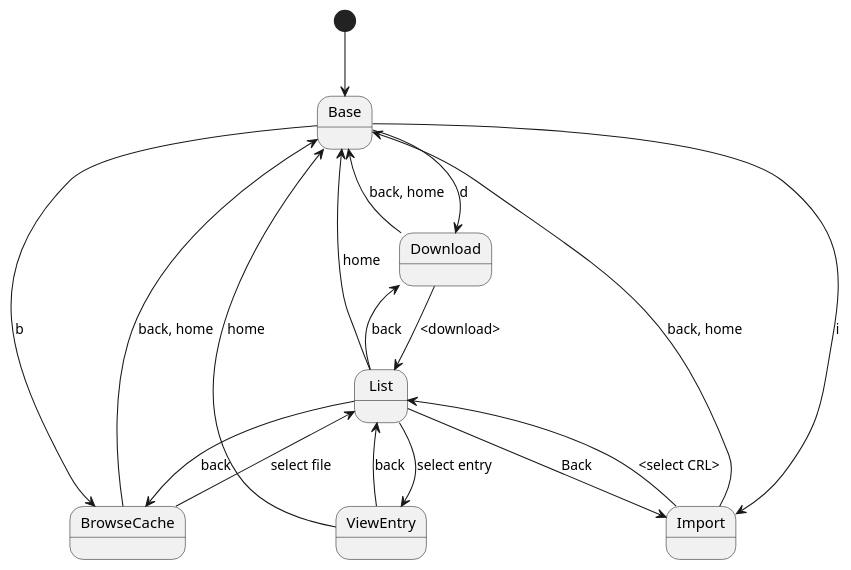
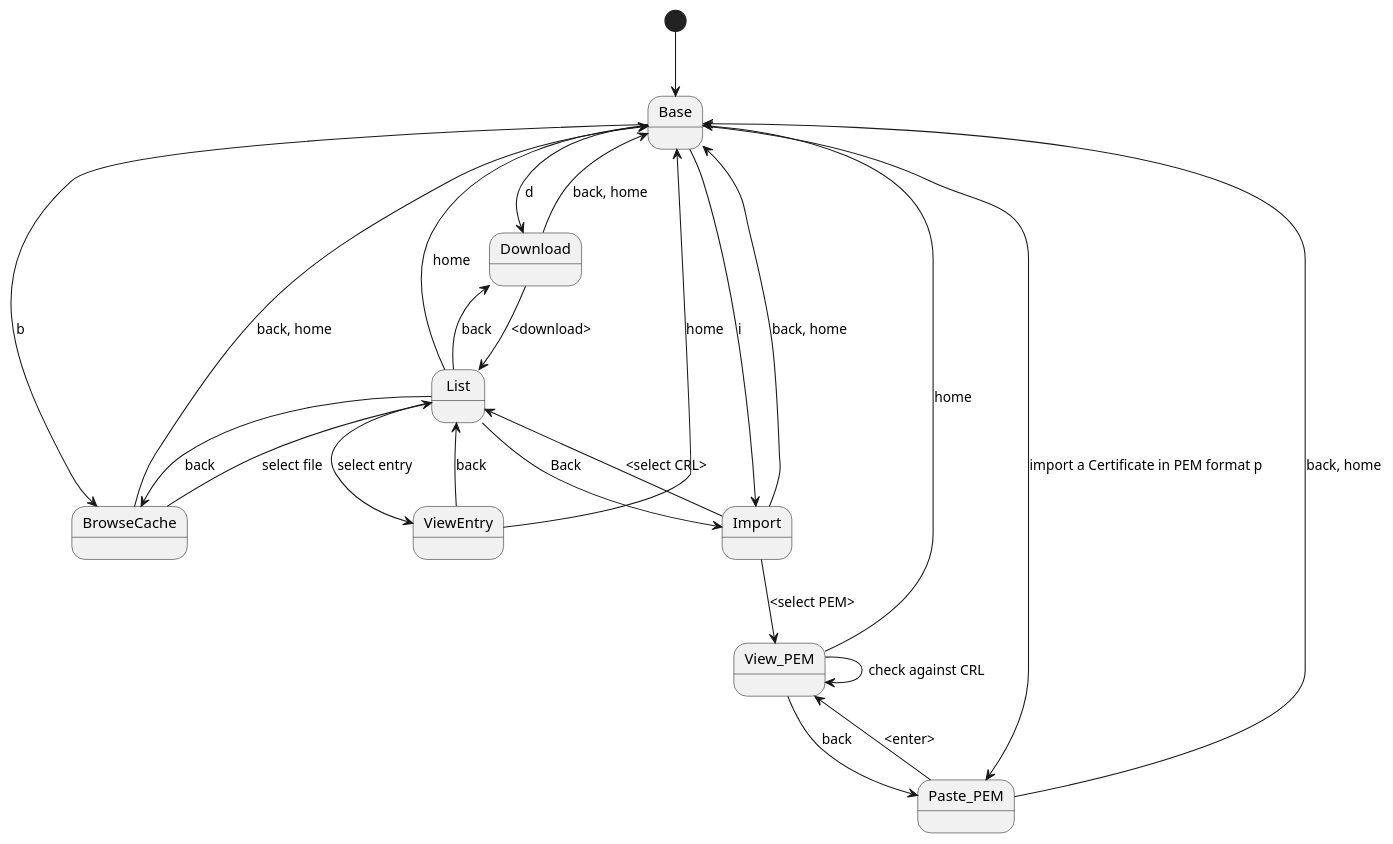
The diagram in states.puml (pimg/certguard), drawn with PlantUML before and after one commit. The commit also changed 1 other file, not shown here.

Commit message:
docs: update state diagram with PEM Certificate functionality (#126)
Issue: #125

```diff
--- a/states.puml
+++ b/states.puml
@@ -1,19 +1,26 @@
 @startuml
 [*] --> Base
 Base --> Download: d
 Base --> BrowseCache: b
 Base --> Import: i
+Base --> Paste_PEM: import a Certificate in PEM format p
+Paste_PEM --> Base: back, home
+Paste_PEM --> View_PEM: <enter>
+View_PEM --> Paste_PEM: back
+View_PEM --> Base: home
+View_PEM --> View_PEM: check against CRL
 Import --> Base: back, home
 Import --> List: <select CRL>
+Import --> View_PEM: <select PEM>
 List --> Import: Back
 BrowseCache --> List: select file
 List --> ViewEntry: select entry
 ViewEntry --> List: back
 ViewEntry --> Base: home
 List --> BrowseCache: back
 List --> Base: home
 BrowseCache --> Base: back, home
 Download --> Base: back, home
 Download --> List: <download>
 List --> Download: back
 @enduml
```
